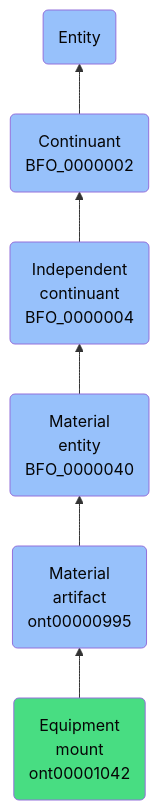
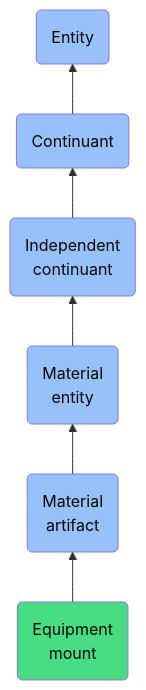
The diagram in docs/ontology/reference/model/Entity/Continuant/Independent continuant/Material entity/Material artifact/Equipment mount/Equipment mount.md (jupyter-naas/abi), drawn with Mermaid before and after one commit. The commit also changed other lines of this file and 1430 other files, not shown here.

````diff
--- a/docs/ontology/reference/model/Entity/Continuant/Independent continuant/Material entity/Material artifact/Equipment mount/Equipment mount.md
+++ b/docs/ontology/reference/model/Entity/Continuant/Independent continuant/Material entity/Material artifact/Equipment mount/Equipment mount.md
@@ -24,13 +24,13 @@
 ```mermaid
 graph BT
-    ont00001042(Equipment<br>mount<br>ont00001042):::ABI-->ont00000995
-    ont00000995(Material<br>artifact<br>ont00000995):::BFO-->BFO_0000040
-    BFO_0000040(Material<br>entity<br>BFO_0000040):::BFO-->BFO_0000004
-    BFO_0000004(Independent<br>continuant<br>BFO_0000004):::BFO-->BFO_0000002
-    BFO_0000002(Continuant<br>BFO_0000002):::BFO-->BFO_0000001
+    ont00001042(Equipment<br>mount):::ABI-->ont00000995
+    ont00000995(Material<br>artifact):::BFO-->BFO_0000040
+    BFO_0000040(Material<br>entity):::BFO-->BFO_0000004
+    BFO_0000004(Independent<br>continuant):::BFO-->BFO_0000002
+    BFO_0000002(Continuant):::BFO-->BFO_0000001
     BFO_0000001(Entity):::BFO
     
     classDef BFO fill:#97c1fb,color:#060606
     classDef CCO fill:#e4c51e,color:#060606
     classDef ABI fill:#48DD82,color:#060606
 ```
````
